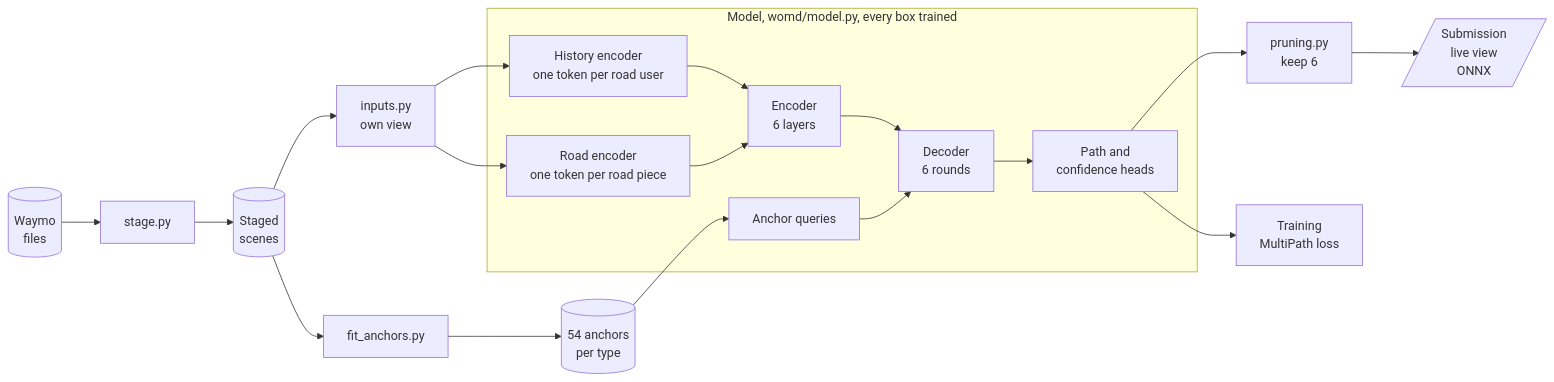
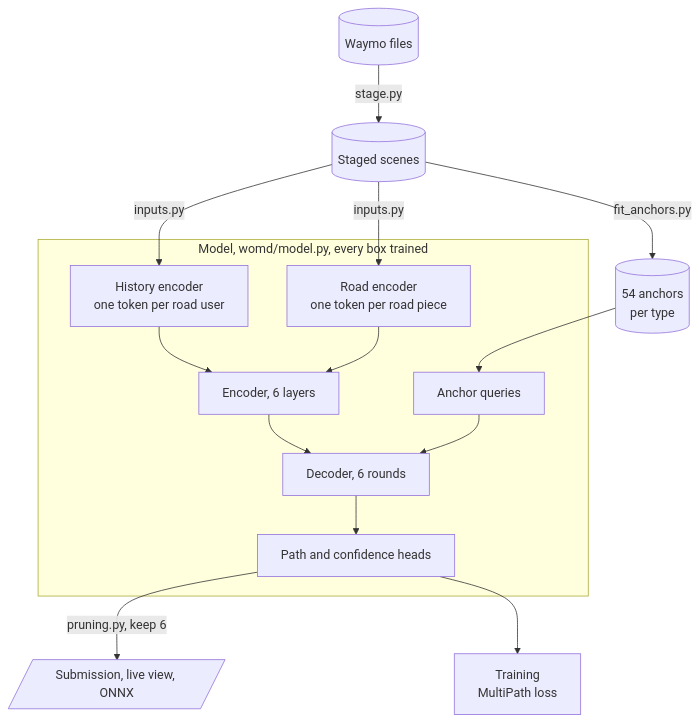
The diagram in README.md (Scott-Grew/MotionNet-avPrediction), drawn with Mermaid before and after one commit.

Commit message:
lay the chart out top down with processes on the arrows

````diff
--- a/README.md
+++ b/README.md
@@ -61,20 +61,19 @@
 ```mermaid
-flowchart LR
-    RAW[("Waymo<br/>files")] --> STAGE["stage.py"] --> STAGED[("Staged<br/>scenes")]
-    STAGED --> INPUTS["inputs.py<br/>own view"]
-    STAGED --> FIT["fit_anchors.py"] --> ANCHORS[("54 anchors<br/>per type")]
+flowchart TD
+    RAW[("Waymo files")] -->|stage.py| STAGED[("Staged scenes")]
+    STAGED -->|fit_anchors.py| ANCHORS[("54 anchors<br/>per type")]
     subgraph MODEL["Model, womd/model.py, every box trained"]
         AGENTS["History encoder<br/>one token per road user"]
         ROAD["Road encoder<br/>one token per road piece"]
-        ENCODER["Encoder<br/>6 layers"]
+        ENCODER["Encoder, 6 layers"]
         QUERY["Anchor queries"]
-        DECODER["Decoder<br/>6 rounds"]
-        HEADS["Path and<br/>confidence heads"]
+        DECODER["Decoder, 6 rounds"]
+        HEADS["Path and confidence heads"]
         AGENTS & ROAD --> ENCODER --> DECODER
         QUERY --> DECODER --> HEADS
     end
-    INPUTS --> AGENTS & ROAD
+    STAGED -->|inputs.py| AGENTS & ROAD
     ANCHORS --> QUERY
-    HEADS --> PRUNE["pruning.py<br/>keep 6"] --> OUT[/"Submission<br/>live view<br/>ONNX"/]
+    HEADS -->|pruning.py, keep 6| OUT[/"Submission, live view, ONNX"/]
     HEADS --> LOSS["Training<br/>MultiPath loss"]
 ```
````
